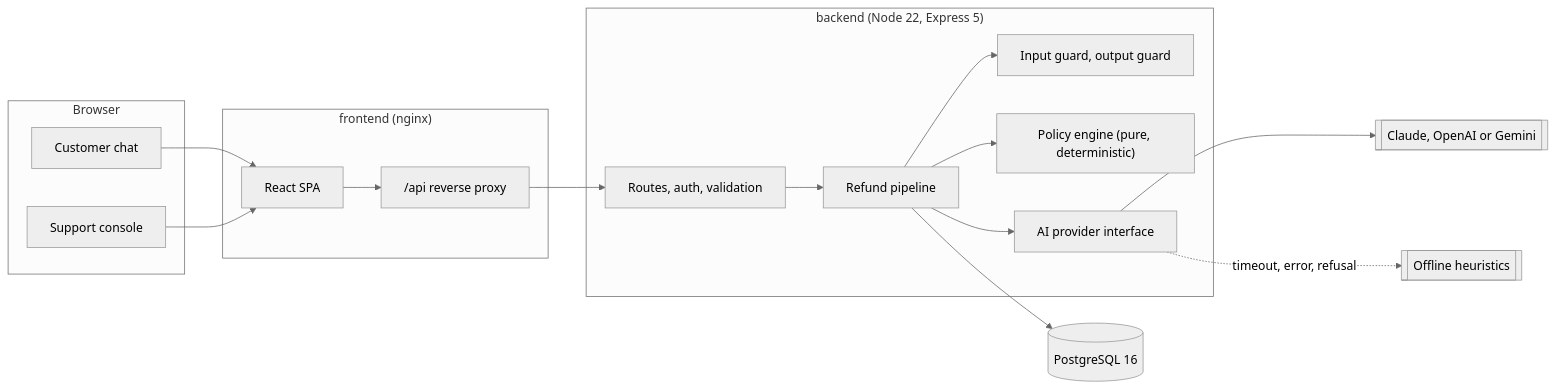
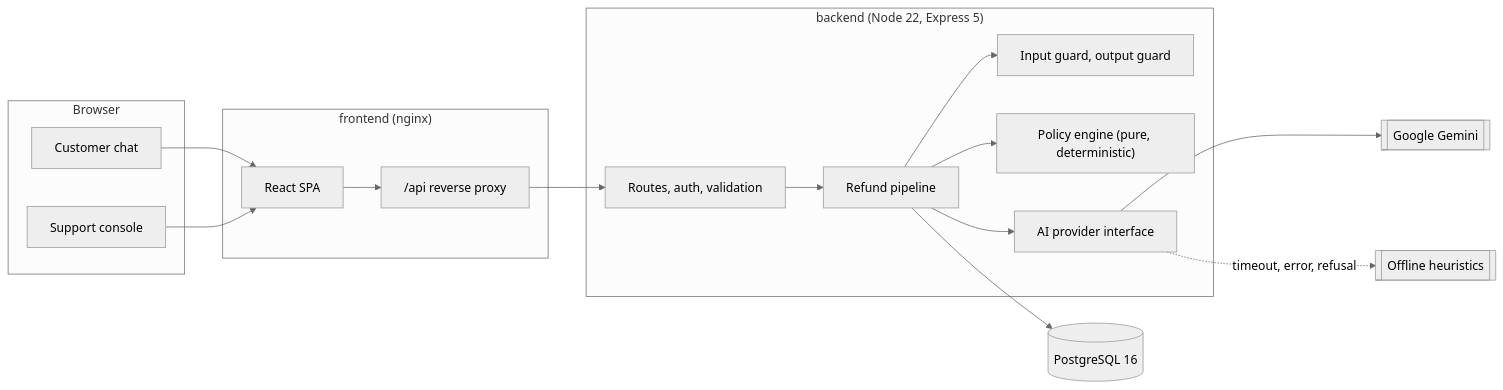
One commit to savidor/worknoon changed the first of 2 diagrams in README.md. Above: the diagram before and after it, drawn with Mermaid (neutral theme). The commit also changed other lines of this file and 12 other files, not shown here.

First line of the commit message:
Standardise on Google Gemini with a resilient model chain

````diff
--- a/README.md
+++ b/README.md
@@ -109,31 +105,31 @@
 ```mermaid
 flowchart LR
     subgraph Browser
       Chat[Customer chat]
       Console[Support console]
     end
     subgraph frontend ["frontend (nginx)"]
       SPA[React SPA]
       Proxy["/api reverse proxy"]
     end
     subgraph backend ["backend (Node 22, Express 5)"]
       Routes["Routes, auth, validation"]
       Pipeline[Refund pipeline]
       Guard["Input guard, output guard"]
       Engine["Policy engine (pure, deterministic)"]
       AI[AI provider interface]
     end
     DB[(PostgreSQL 16)]
-    LLM[["Claude, OpenAI or Gemini"]]
+    LLM[["Google Gemini"]]
     Offline[["Offline heuristics"]]
 
     Chat --> SPA
     Console --> SPA
     SPA --> Proxy --> Routes --> Pipeline
     Pipeline --> Guard
     Pipeline --> Engine
     Pipeline --> AI
     AI --> LLM
     AI -. "timeout, error, refusal" .-> Offline
     Pipeline --> DB
 ```
````
